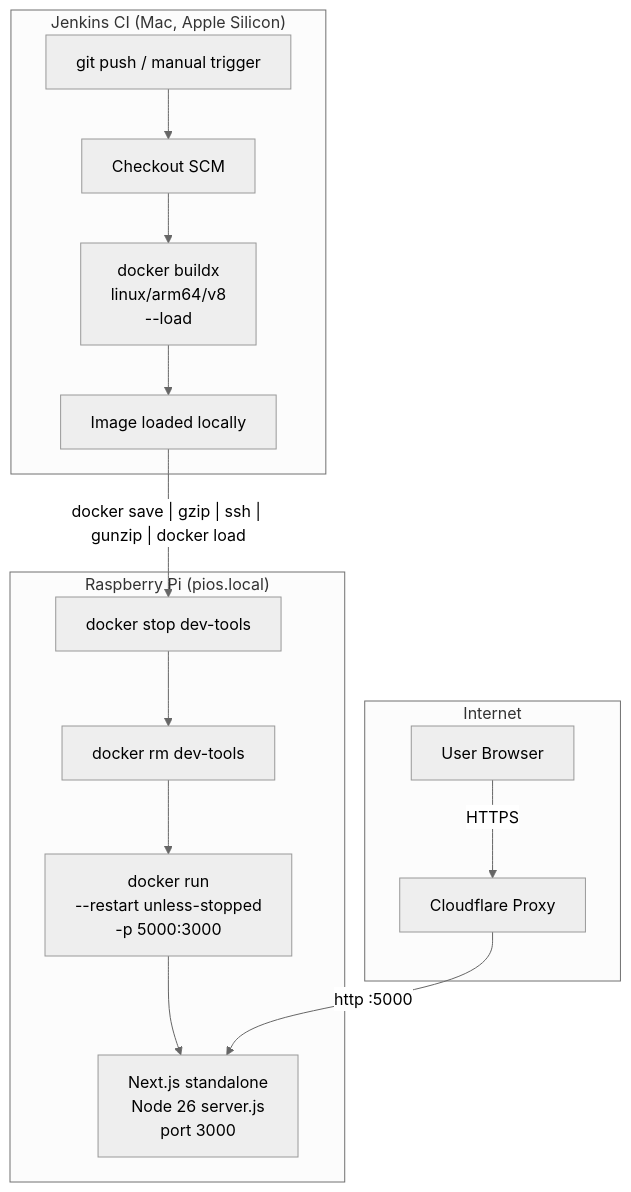
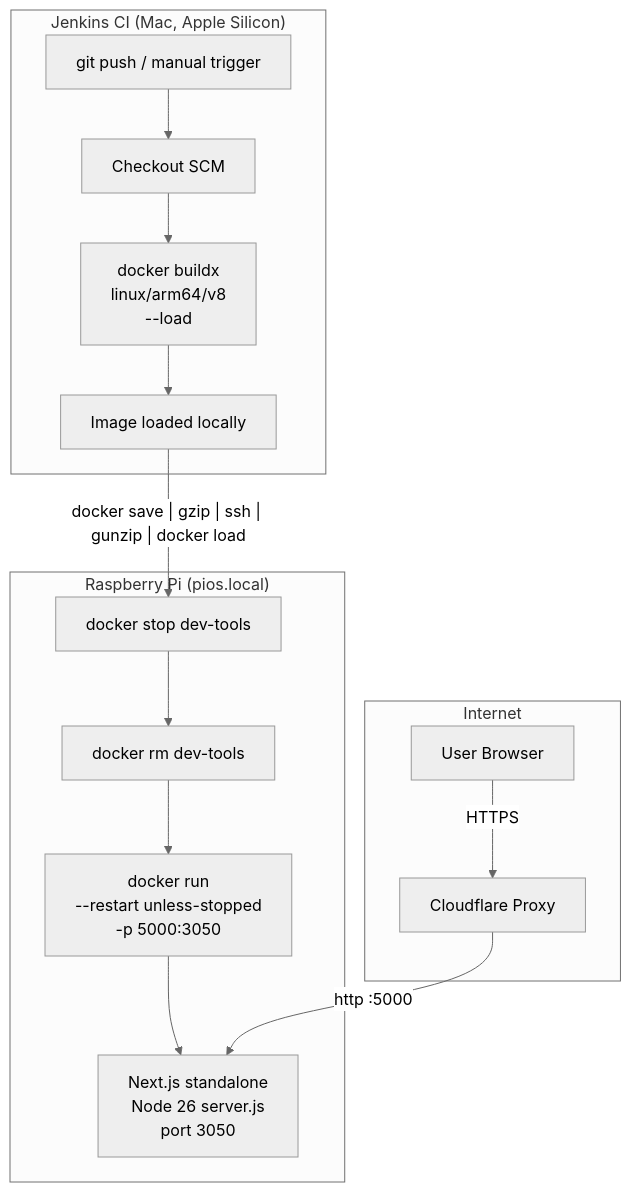
The second of 2 diagrams in docs/DEPLOYMENT.md (chandanankush/dev-tools), drawn with Mermaid (neutral theme) before and after one commit. The commit also changed other lines of this file and 12 other files, not shown here.

````diff
--- a/docs/DEPLOYMENT.md
+++ b/docs/DEPLOYMENT.md
@@ -130,22 +134,22 @@
 ```mermaid
 flowchart TD
     subgraph CI["Jenkins CI (Mac, Apple Silicon)"]
         A[git push / manual trigger] --> B[Checkout SCM]
         B --> C[docker buildx\nlinux/arm64/v8\n--load]
         C --> F[Image loaded locally]
     end
 
     subgraph Remote["Raspberry Pi (pios.local)"]
         G[docker stop dev-tools]
         G --> H[docker rm dev-tools]
-        H --> I[docker run\n--restart unless-stopped\n-p 5000:3000]
-        I --> J[Next.js standalone\nNode 26 server.js\nport 3000]
+        H --> I[docker run\n--restart unless-stopped\n-p 5000:3050]
+        I --> J[Next.js standalone\nNode 26 server.js\nport 3050]
     end
 
     subgraph Internet
         K[User Browser] -->|HTTPS| L[Cloudflare Proxy]
         L -->|http :5000| J
     end
 
     F -- "docker save | gzip | ssh | gunzip | docker load" --> G
 ```
````
